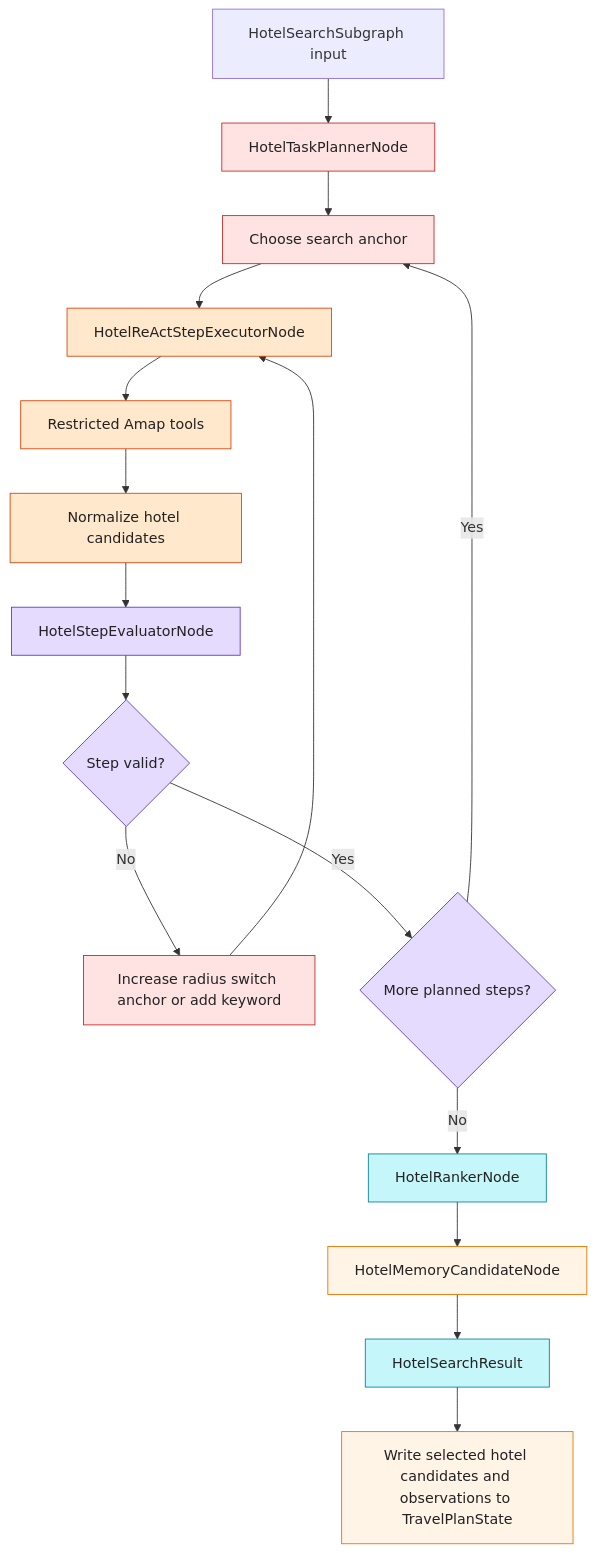
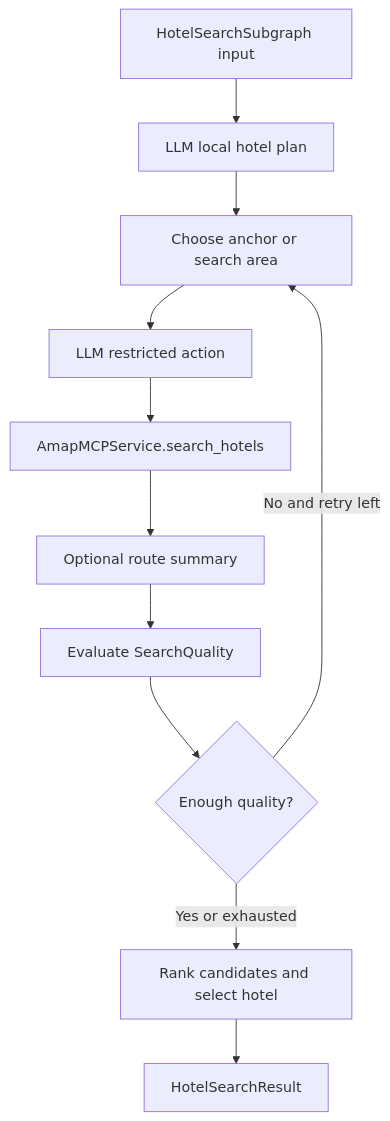
One commit to TheBigCharles/ZoeyAgent changed the third of 3 diagrams in doc/agents_design.md. Above: the diagram before and after it, drawn with Mermaid. The commit also changed other lines of this file and 8 other files, not shown here.

````diff
--- a/doc/agents_design.md
+++ b/doc/agents_design.md
@@ -419,30 +302,13 @@
 ```mermaid
 flowchart TD
-    HStart["HotelSearchSubgraph input"] --> HPlan["HotelTaskPlannerNode"]
-    HPlan --> HAnchor["Choose search anchor"]
-    HAnchor --> HExec["HotelReActStepExecutorNode"]
-    HExec --> HTools["Restricted Amap tools"]
-    HTools --> HNorm["Normalize hotel candidates"]
-    HNorm --> HEval["HotelStepEvaluatorNode"]
-    HEval --> HValid{"Step valid?"}
-    HValid -->|No| HRepair["Increase radius switch anchor or add keyword"]
-    HRepair --> HExec
-    HValid -->|Yes| HMore{"More planned steps?"}
-    HMore -->|Yes| HAnchor
-    HMore -->|No| HRank["HotelRankerNode"]
-    HRank --> HMemory["HotelMemoryCandidateNode"]
-    HMemory --> HResult["HotelSearchResult"]
-    HResult --> HState["Write selected hotel candidates and observations to TravelPlanState"]
-
-    classDef plan fill:#ffe3e3,stroke:#c92a2a,color:#222;
-    classDef exec fill:#ffe8cc,stroke:#d9480f,color:#222;
-    classDef eval fill:#e5dbff,stroke:#5f3dc4,color:#222;
-    classDef memory fill:#fff4e6,stroke:#e67700,color:#222;
-    classDef output fill:#c5f6fa,stroke:#0c8599,color:#222;
-
-    class HPlan,HAnchor,HRepair plan;
-    class HExec,HTools,HNorm exec;
-    class HEval,HValid,HMore eval;
-    class HMemory,HState memory;
-    class HRank,HResult output;
+    A["HotelSearchSubgraph input"] --> B["LLM local hotel plan"]
+    B --> C["Choose anchor or search area"]
+    C --> D["LLM restricted action"]
+    D --> E["AmapMCPService.search_hotels"]
+    E --> F["Optional route summary"]
+    F --> G["Evaluate SearchQuality"]
+    G --> H{"Enough quality?"}
+    H -->|No and retry left| C
+    H -->|Yes or exhausted| I["Rank candidates and select hotel"]
+    I --> J["HotelSearchResult"]
 ```
````
